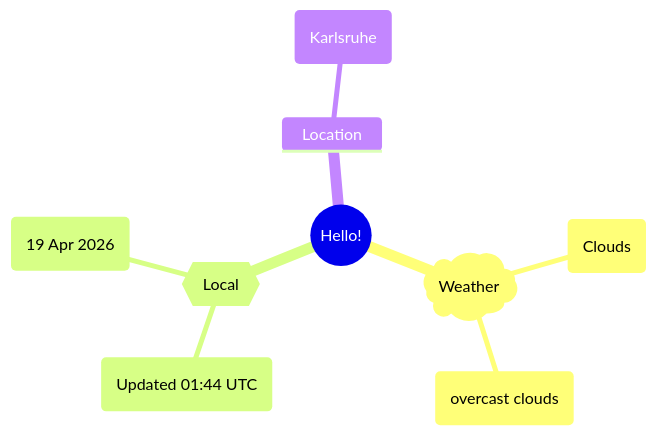
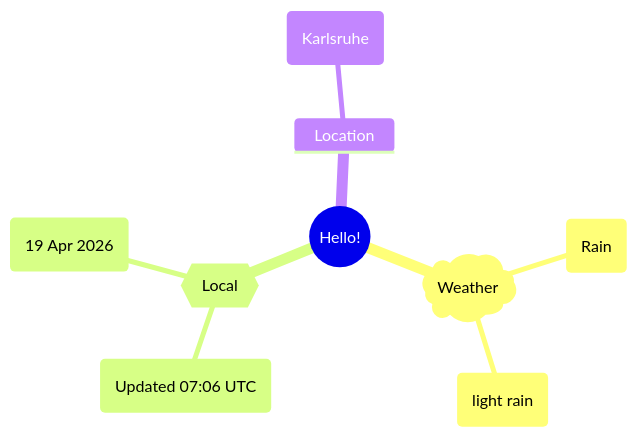
Before and after one commit to Xosrov/Xosrov: the first of 2 diagrams in README.md, drawn with Mermaid.

Commit message:
[bot] updated images

````diff
--- a/README.md
+++ b/README.md
@@ -3,12 +3,12 @@
 ```mermaid
 mindmap
   root((Hello!))
     )Weather(
-        (Clouds)
-        (overcast clouds)
+        (Rain)
+        (light rain)
     {{Local}}
-        (Updated 01:44 UTC)
+        (Updated 07:06 UTC)
         (19 Apr 2026)
     Location
         (Karlsruhe)
 ```
````
